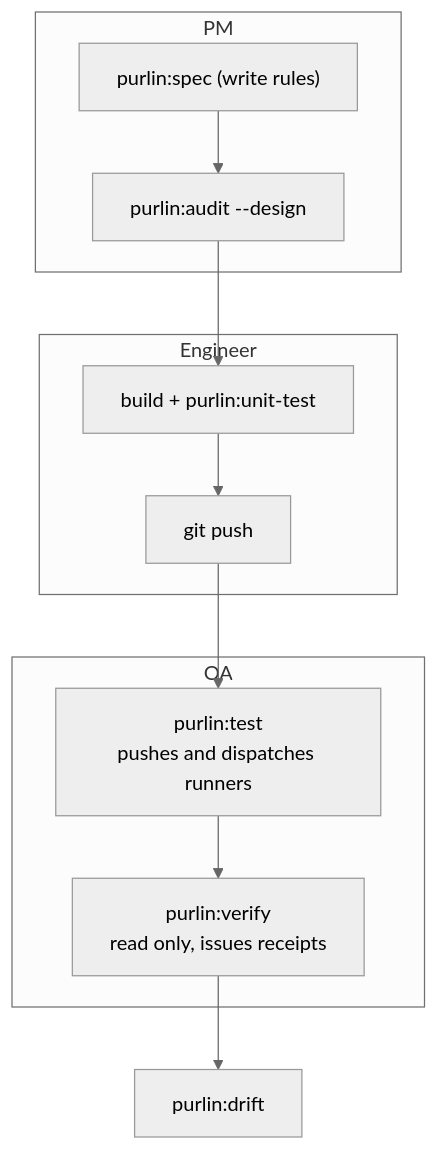
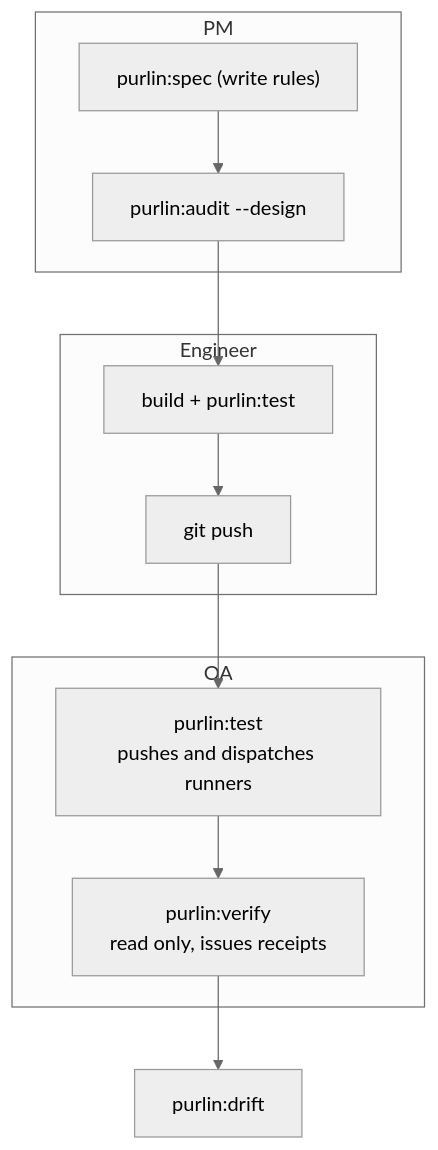
Before and after one commit to rlabarca/purlin: the diagram in assets/src/lifecycle-handoff.mmd, drawn with Mermaid (neutral theme). The commit also changed 8 other files, not shown here.

First line of the commit message:
docs(assets): purlin:test in the lifecycle diagrams; screenshots refreshed

```diff
--- a/assets/src/lifecycle-handoff.mmd
+++ b/assets/src/lifecycle-handoff.mmd
@@ -1,13 +1,13 @@
 graph TD
     subgraph PM
         a["purlin:spec (write rules)"] --> b["purlin:audit --design"]
     end
     subgraph Engineer
-        c["build + purlin:unit-test"] --> d["git push"]
+        c["build + purlin:test"] --> d["git push"]
     end
     subgraph QA
         e["purlin:test<br/>pushes and dispatches runners"] --> f["purlin:verify<br/>read only, issues receipts"]
     end
     b --> c
     d --> e
     f --> g["purlin:drift"]
```
